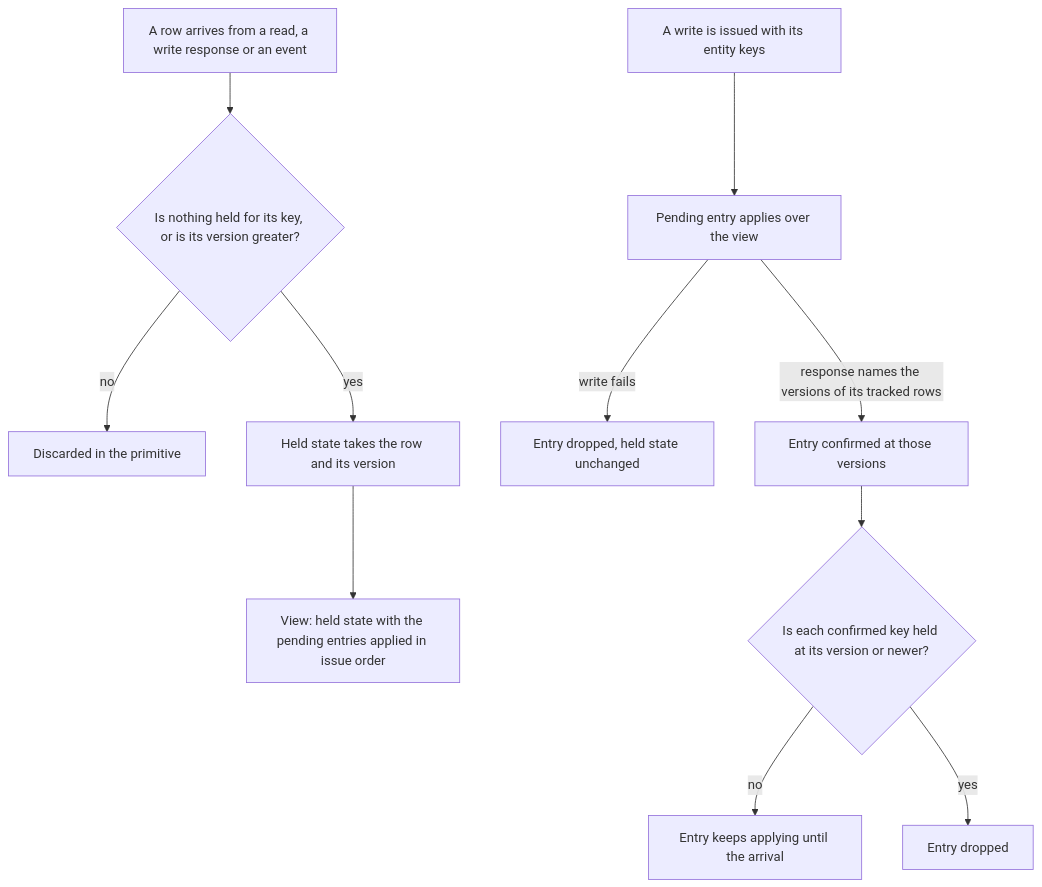
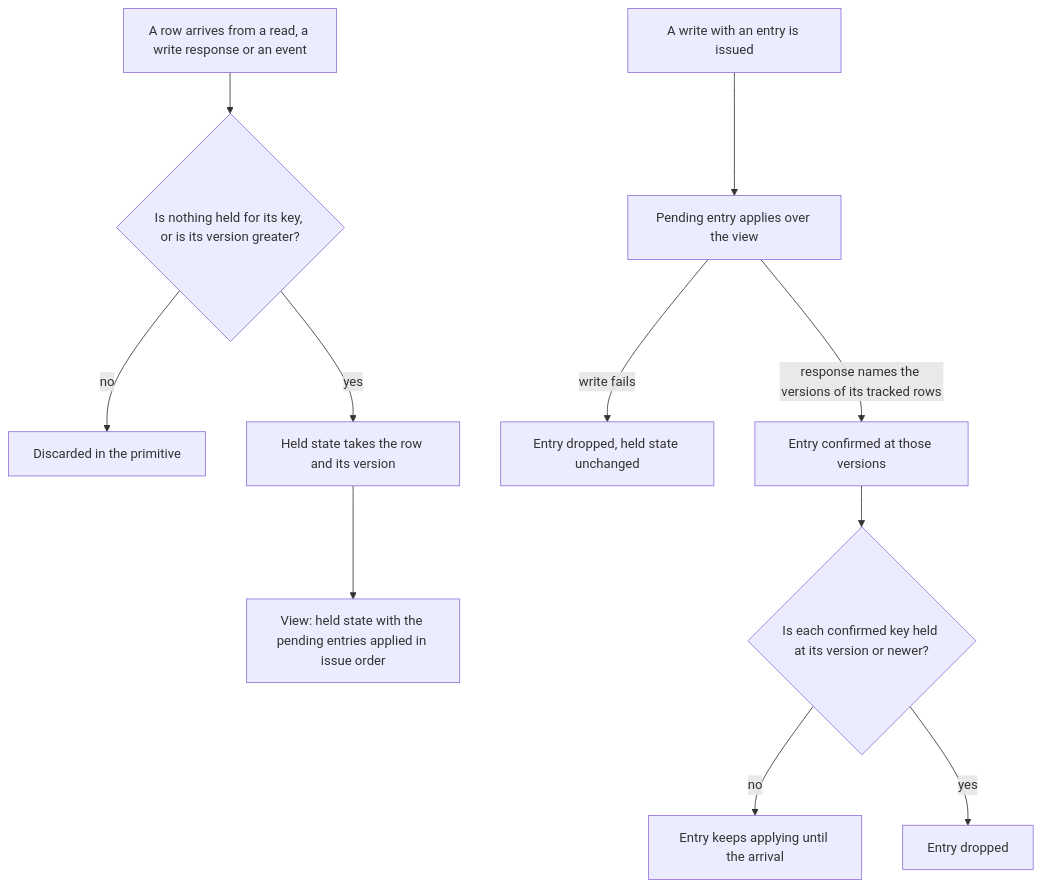
The first of 2 diagrams in openspec/changes/architecture-optimistic-overlay/design.md (Esposter/Esposter), drawn with Mermaid before and after one commit. The commit also changed other lines of this file and 2 other files, not shown here.

First line of the commit message:
docs(openspec): the overlay's write queue is keyed by the rows its entry touches

````diff
--- a/openspec/changes/architecture-optimistic-overlay/design.md
+++ b/openspec/changes/architecture-optimistic-overlay/design.md
@@ -30,13 +31,13 @@
 ```mermaid
 flowchart TD
   A["A row arrives from a read, a write response or an event"] --> G{"Is nothing held for its key, or is its version greater?"}
   G -->|no| X["Discarded in the primitive"]
   G -->|yes| H["Held state takes the row and its version"]
   H --> V["View: held state with the pending entries applied in issue order"]
-  W["A write is issued with its entity keys"] --> P["Pending entry applies over the view"]
+  W["A write with an entry is issued"] --> P["Pending entry applies over the view"]
   P -->|"write fails"| D["Entry dropped, held state unchanged"]
   P -->|"response names the versions of its tracked rows"| C["Entry confirmed at those versions"]
   C --> S{"Is each confirmed key held at its version or newer?"}
   S -->|no| K["Entry keeps applying until the arrival"]
   S -->|yes| E["Entry dropped"]
 ```
````
